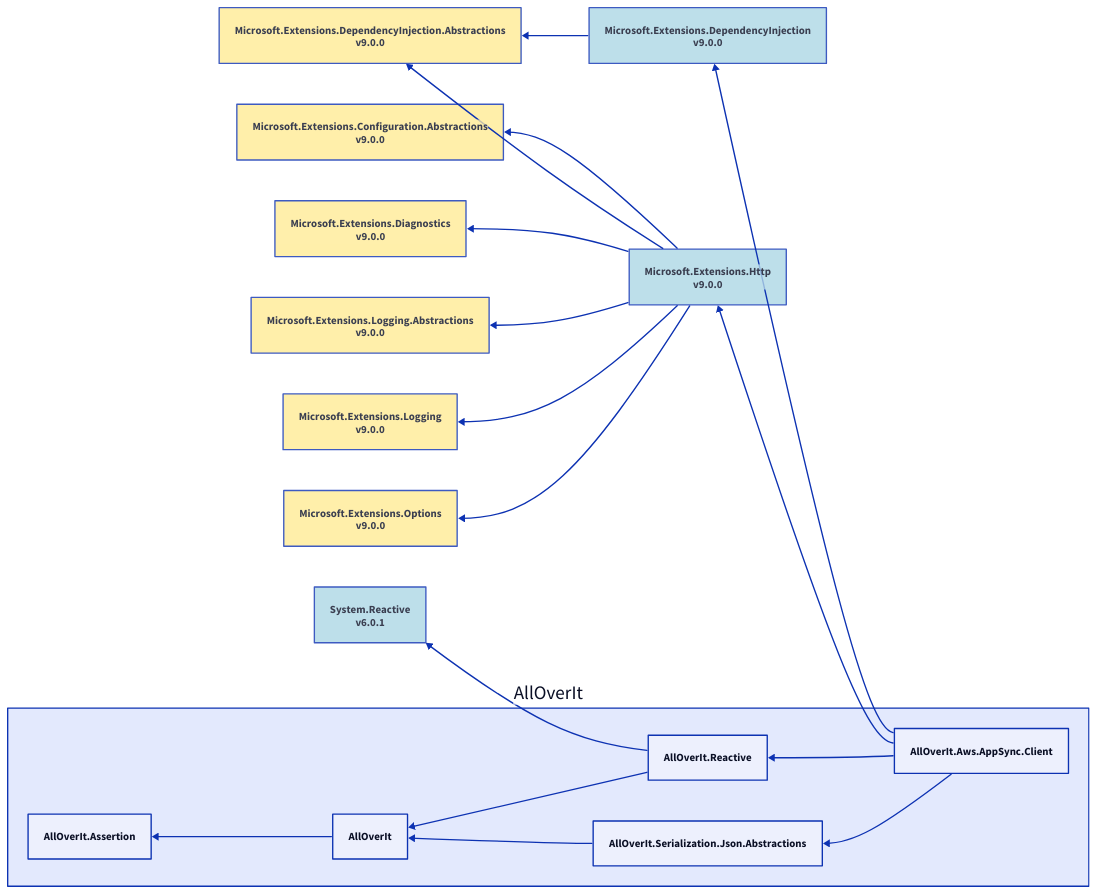
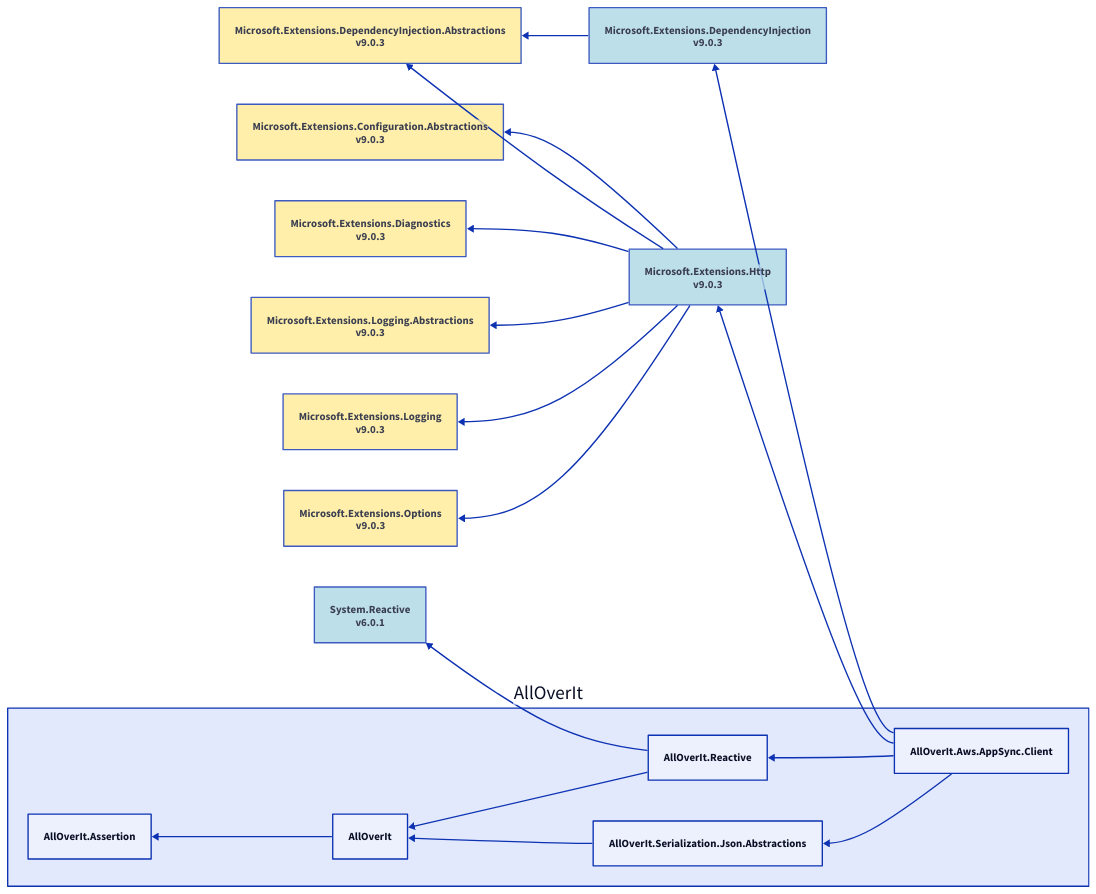
Before and after one commit to mjfreelancing/AllOverIt: the diagram in Docs/Reference/Content/images/dependencies/net9.0/alloverit-aws-appsync-client.d2, drawn with D2. The commit also changed 236 other files, not shown here.

```diff
--- a/Docs/Reference/Content/images/dependencies/net9.0/alloverit-aws-appsync-client.d2
+++ b/Docs/Reference/Content/images/dependencies/net9.0/alloverit-aws-appsync-client.d2
@@ -1,50 +1,50 @@
 direction: left
 
 aoi: AllOverIt
 aoi.alloverit-aws-appsync-client: AllOverIt.Aws.AppSync.Client
-microsoft-extensions-dependencyinjection_9-0-0: Microsoft.Extensions.DependencyInjection\nv9.0.0
-microsoft-extensions-dependencyinjection_9-0-0.style.fill: "#ADD8E6"
-microsoft-extensions-dependencyinjection_9-0-0.style.opacity: 0.8
-microsoft-extensions-dependencyinjection-abstractions_9-0-0: Microsoft.Extensions.DependencyInjection.Abstractions\nv9.0.0
-microsoft-extensions-dependencyinjection-abstractions_9-0-0.style.fill: "#FFEC96"
-microsoft-extensions-dependencyinjection-abstractions_9-0-0.style.opacity: 0.8
-microsoft-extensions-dependencyinjection-abstractions_9-0-0 <- microsoft-extensions-dependencyinjection_9-0-0
-microsoft-extensions-dependencyinjection_9-0-0 <- aoi.alloverit-aws-appsync-client
-microsoft-extensions-http_9-0-0: Microsoft.Extensions.Http\nv9.0.0
-microsoft-extensions-http_9-0-0.style.fill: "#ADD8E6"
-microsoft-extensions-http_9-0-0.style.opacity: 0.8
-microsoft-extensions-configuration-abstractions_9-0-0: Microsoft.Extensions.Configuration.Abstractions\nv9.0.0
-microsoft-extensions-configuration-abstractions_9-0-0.style.fill: "#FFEC96"
-microsoft-extensions-configuration-abstractions_9-0-0.style.opacity: 0.8
-microsoft-extensions-configuration-abstractions_9-0-0 <- microsoft-extensions-http_9-0-0
-microsoft-extensions-dependencyinjection-abstractions_9-0-0 <- microsoft-extensions-http_9-0-0
-microsoft-extensions-diagnostics_9-0-0: Microsoft.Extensions.Diagnostics\nv9.0.0
-microsoft-extensions-diagnostics_9-0-0.style.fill: "#FFEC96"
-microsoft-extensions-diagnostics_9-0-0.style.opacity: 0.8
-microsoft-extensions-diagnostics_9-0-0 <- microsoft-extensions-http_9-0-0
-microsoft-extensions-logging-abstractions_9-0-0: Microsoft.Extensions.Logging.Abstractions\nv9.0.0
-microsoft-extensions-logging-abstractions_9-0-0.style.fill: "#FFEC96"
-microsoft-extensions-logging-abstractions_9-0-0.style.opacity: 0.8
-microsoft-extensions-logging-abstractions_9-0-0 <- microsoft-extensions-http_9-0-0
-microsoft-extensions-logging_9-0-0: Microsoft.Extensions.Logging\nv9.0.0
-microsoft-extensions-logging_9-0-0.style.fill: "#FFEC96"
-microsoft-extensions-logging_9-0-0.style.opacity: 0.8
-microsoft-extensions-logging_9-0-0 <- microsoft-extensions-http_9-0-0
-microsoft-extensions-options_9-0-0: Microsoft.Extensions.Options\nv9.0.0
-microsoft-extensions-options_9-0-0.style.fill: "#FFEC96"
-microsoft-extensions-options_9-0-0.style.opacity: 0.8
-microsoft-extensions-options_9-0-0 <- microsoft-extensions-http_9-0-0
-microsoft-extensions-http_9-0-0 <- aoi.alloverit-aws-appsync-client
+microsoft-extensions-dependencyinjection_9-0-3: Microsoft.Extensions.DependencyInjection\nv9.0.3
+microsoft-extensions-dependencyinjection_9-0-3.style.fill: "#ADD8E6"
+microsoft-extensions-dependencyinjection_9-0-3.style.opacity: 0.8
+microsoft-extensions-dependencyinjection-abstractions_9-0-3: Microsoft.Extensions.DependencyInjection.Abstractions\nv9.0.3
+microsoft-extensions-dependencyinjection-abstractions_9-0-3.style.fill: "#FFEC96"
+microsoft-extensions-dependencyinjection-abstractions_9-0-3.style.opacity: 0.8
+microsoft-extensions-dependencyinjection-abstractions_9-0-3 <- microsoft-extensions-dependencyinjection_9-0-3
+microsoft-extensions-dependencyinjection_9-0-3 <- aoi.alloverit-aws-appsync-client
+microsoft-extensions-http_9-0-3: Microsoft.Extensions.Http\nv9.0.3
+microsoft-extensions-http_9-0-3.style.fill: "#ADD8E6"
+microsoft-extensions-http_9-0-3.style.opacity: 0.8
+microsoft-extensions-configuration-abstractions_9-0-3: Microsoft.Extensions.Configuration.Abstractions\nv9.0.3
+microsoft-extensions-configuration-abstractions_9-0-3.style.fill: "#FFEC96"
+microsoft-extensions-configuration-abstractions_9-0-3.style.opacity: 0.8
+microsoft-extensions-configuration-abstractions_9-0-3 <- microsoft-extensions-http_9-0-3
+microsoft-extensions-dependencyinjection-abstractions_9-0-3 <- microsoft-extensions-http_9-0-3
+microsoft-extensions-diagnostics_9-0-3: Microsoft.Extensions.Diagnostics\nv9.0.3
+microsoft-extensions-diagnostics_9-0-3.style.fill: "#FFEC96"
+microsoft-extensions-diagnostics_9-0-3.style.opacity: 0.8
+microsoft-extensions-diagnostics_9-0-3 <- microsoft-extensions-http_9-0-3
+microsoft-extensions-logging-abstractions_9-0-3: Microsoft.Extensions.Logging.Abstractions\nv9.0.3
+microsoft-extensions-logging-abstractions_9-0-3.style.fill: "#FFEC96"
+microsoft-extensions-logging-abstractions_9-0-3.style.opacity: 0.8
+microsoft-extensions-logging-abstractions_9-0-3 <- microsoft-extensions-http_9-0-3
+microsoft-extensions-logging_9-0-3: Microsoft.Extensions.Logging\nv9.0.3
+microsoft-extensions-logging_9-0-3.style.fill: "#FFEC96"
+microsoft-extensions-logging_9-0-3.style.opacity: 0.8
+microsoft-extensions-logging_9-0-3 <- microsoft-extensions-http_9-0-3
+microsoft-extensions-options_9-0-3: Microsoft.Extensions.Options\nv9.0.3
+microsoft-extensions-options_9-0-3.style.fill: "#FFEC96"
+microsoft-extensions-options_9-0-3.style.opacity: 0.8
+microsoft-extensions-options_9-0-3 <- microsoft-extensions-http_9-0-3
+microsoft-extensions-http_9-0-3 <- aoi.alloverit-aws-appsync-client
 aoi.alloverit-reactive: AllOverIt.Reactive
 system-reactive_6-0-1: System.Reactive\nv6.0.1
 system-reactive_6-0-1.style.fill: "#ADD8E6"
 system-reactive_6-0-1.style.opacity: 0.8
 system-reactive_6-0-1 <- aoi.alloverit-reactive
 aoi.alloverit: AllOverIt
 aoi.alloverit-assertion: AllOverIt.Assertion
 aoi.alloverit-assertion <- aoi.alloverit
 aoi.alloverit <- aoi.alloverit-reactive
 aoi.alloverit-reactive <- aoi.alloverit-aws-appsync-client
 aoi.alloverit-serialization-json-abstractions: AllOverIt.Serialization.Json.Abstractions
 aoi.alloverit <- aoi.alloverit-serialization-json-abstractions
 aoi.alloverit-serialization-json-abstractions <- aoi.alloverit-aws-appsync-client
```
